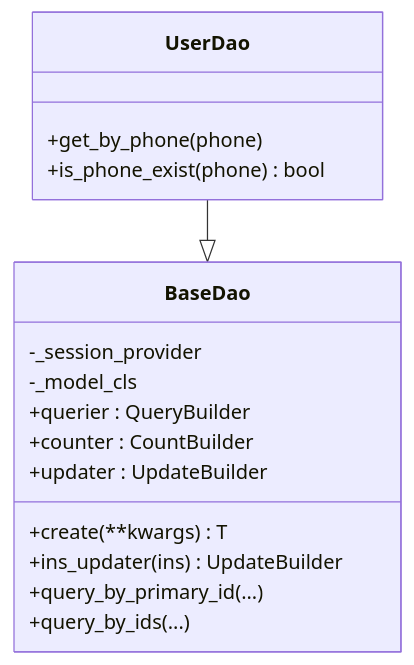
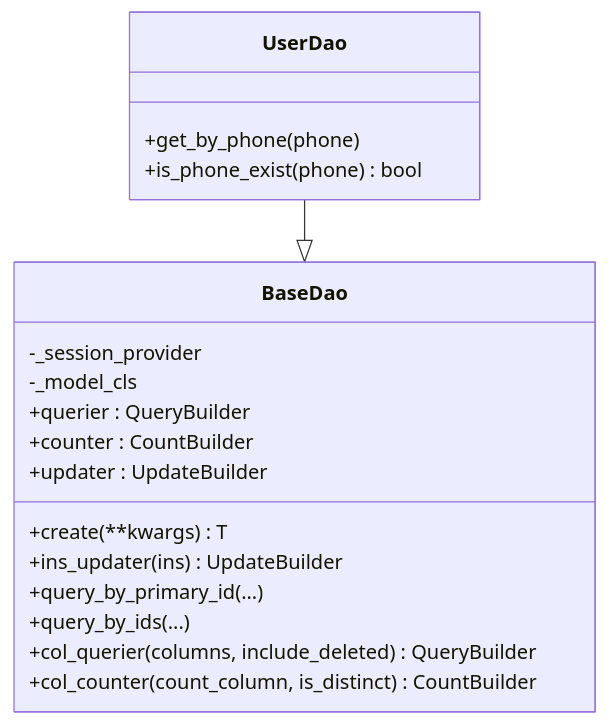
Before and after one commit to lilinzezzzzzz/fastapi-backend: the sixth of 10 diagrams in .qoder/repowiki/zh/content/基础设施工具/数据库工具.md, drawn with Mermaid. The commit also changed other lines of this file and 42 other files, not shown here.

````diff
--- a/.qoder/repowiki/zh/content/基础设施工具/数据库工具.md
+++ b/.qoder/repowiki/zh/content/基础设施工具/数据库工具.md
@@ -268,19 +294,21 @@
 ```mermaid
 classDiagram
 class BaseDao {
 -_session_provider
 -_model_cls
 +create(**kwargs) T
 +querier : QueryBuilder
 +counter : CountBuilder
 +updater : UpdateBuilder
 +ins_updater(ins) UpdateBuilder
 +query_by_primary_id(...)
 +query_by_ids(...)
++col_querier(columns, include_deleted) QueryBuilder
++col_counter(count_column, is_distinct) CountBuilder
 }
 class UserDao {
 +get_by_phone(phone)
 +is_phone_exist(phone) bool
 }
 UserDao --|> BaseDao
 ```
````
